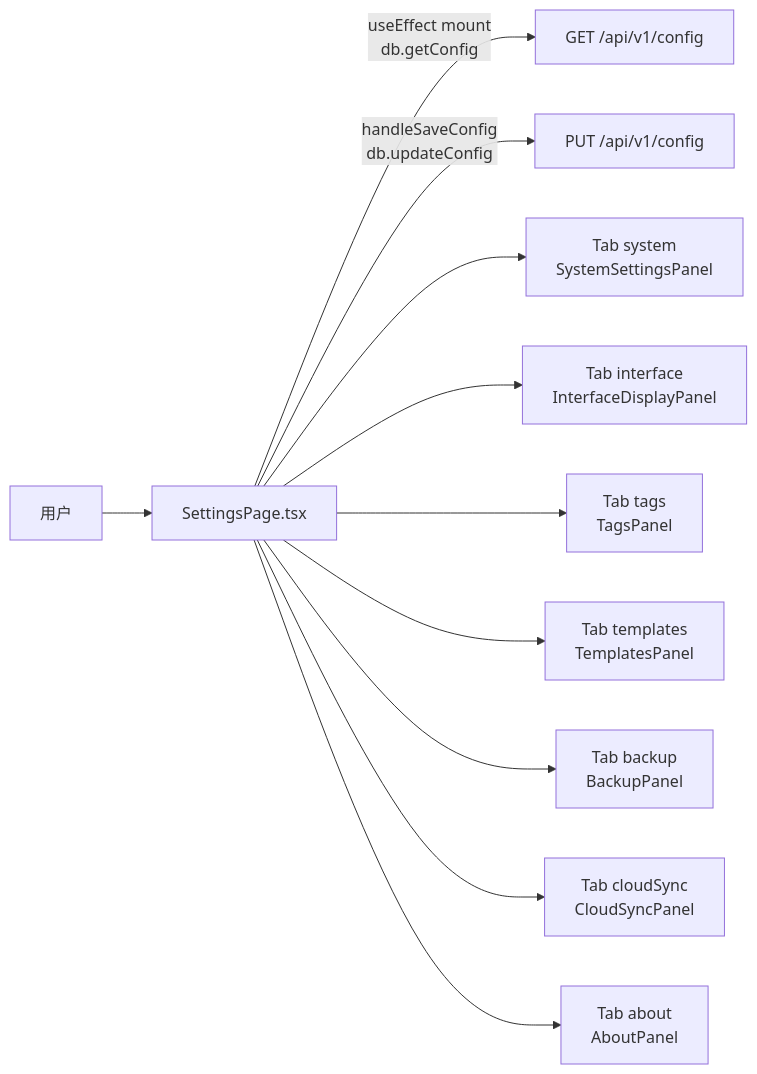
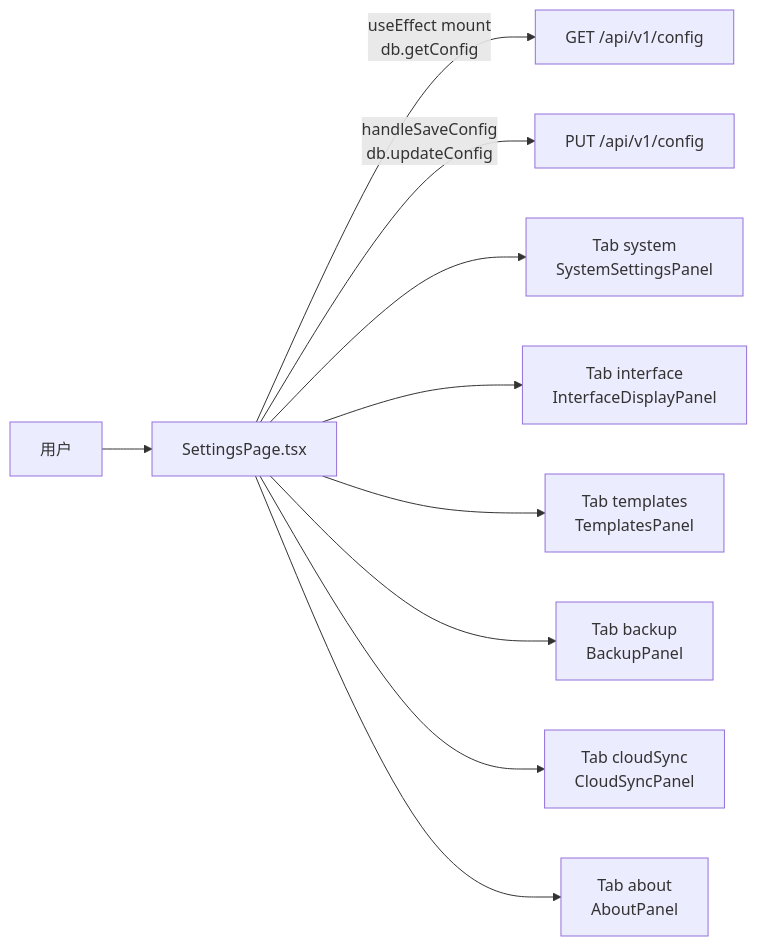
Before and after one commit to weibaohui/ntd: the diagram in frontend/src/help/pages/settings-more.md, drawn with Mermaid. The commit also changed other lines of this file and 92 other files, not shown here.

````diff
--- a/frontend/src/help/pages/settings-more.md
+++ b/frontend/src/help/pages/settings-more.md
@@ -11,13 +11,12 @@
 ```mermaid
 flowchart LR
   User["用户"] --> SettingsPage["SettingsPage.tsx"]
   SettingsPage -->|"useEffect mount<br>db.getConfig"| API1["GET /api/v1/config"]
   SettingsPage -->|"handleSaveConfig<br>db.updateConfig"| API2["PUT /api/v1/config"]
   SettingsPage --> SystemTab["Tab system<br>SystemSettingsPanel"]
   SettingsPage --> InterfaceTab["Tab interface<br>InterfaceDisplayPanel"]
-  SettingsPage --> TagsTab["Tab tags<br>TagsPanel"]
   SettingsPage --> TemplatesTab["Tab templates<br>TemplatesPanel"]
   SettingsPage --> BackupTab["Tab backup<br>BackupPanel"]
   SettingsPage --> CloudSyncTab["Tab cloudSync<br>CloudSyncPanel"]
   SettingsPage --> AboutTab["Tab about<br>AboutPanel"]
 ```
````
